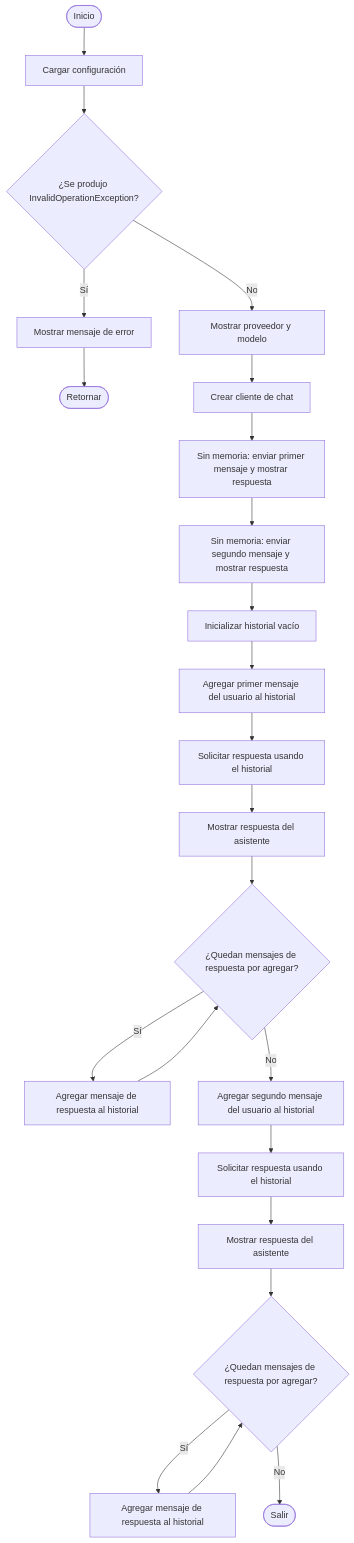
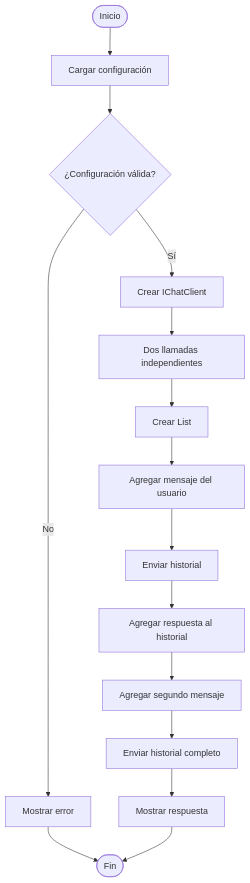
The diagram in labs/lab-02-chat-history/Program.cs.mmd (danielcalvindeveloper/dac-learning-ai-dotnet), drawn with Mermaid before and after one commit. The commit also changed 11 other files, not shown here.

```diff
--- a/labs/lab-02-chat-history/Program.cs.mmd
+++ b/labs/lab-02-chat-history/Program.cs.mmd
@@ -1,28 +1,20 @@
 ---
 references:
   - "File: /labs/lab-02-chat-history/Program.cs"
-generationTime: 2026-10-03T19:56:16.240Z
 ---
 flowchart TD
     A(["Inicio"]) --> B["Cargar configuración"]
-    B --> C{"¿Se produjo InvalidOperationException?"}
-    C -->|Sí| D["Mostrar mensaje de error"]
-    D --> E(["Retornar"])
-    C -->|No| F["Mostrar proveedor y modelo"]
-    F --> G["Crear cliente de chat"]
-    G --> H["Sin memoria: enviar primer mensaje y mostrar respuesta"]
-    H --> I["Sin memoria: enviar segundo mensaje y mostrar respuesta"]
-    I --> J["Inicializar historial vacío"]
-    J --> K["Agregar primer mensaje del usuario al historial"]
-    K --> L["Solicitar respuesta usando el historial"]
-    L --> M["Mostrar respuesta del asistente"]
-    M --> N{"¿Quedan mensajes de respuesta por agregar?"}
-    N -->|Sí| O["Agregar mensaje de respuesta al historial"]
-    O --> N
-    N -->|No| P["Agregar segundo mensaje del usuario al historial"]
-    P --> Q["Solicitar respuesta usando el historial"]
-    Q --> R["Mostrar respuesta del asistente"]
-    R --> S{"¿Quedan mensajes de respuesta por agregar?"}
-    S -->|Sí| T["Agregar mensaje de respuesta al historial"]
-    T --> S
-    S -->|No| U(["Salir"])
+    B --> C{"¿Configuración válida?"}
+    C -->|No| D["Mostrar error"]
+    D --> Z(["Fin"])
+
+    C -->|Sí| E["Crear IChatClient"]
+    E --> F["Dos llamadas independientes"]
+    F --> G["Crear List<ChatMessage>"]
+    G --> H["Agregar mensaje del usuario"]
+    H --> I["Enviar historial"]
+    I --> J["Agregar respuesta al historial"]
+    J --> K["Agregar segundo mensaje"]
+    K --> L["Enviar historial completo"]
+    L --> M["Mostrar respuesta"]
+    M --> Z
```
